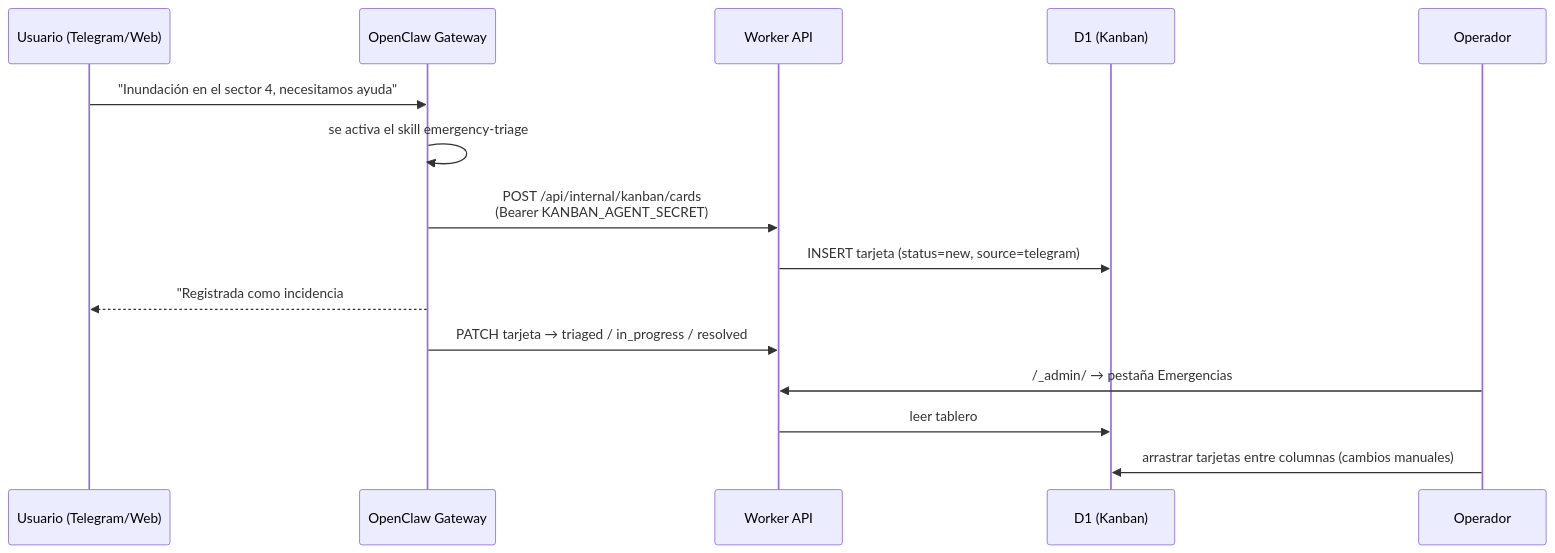
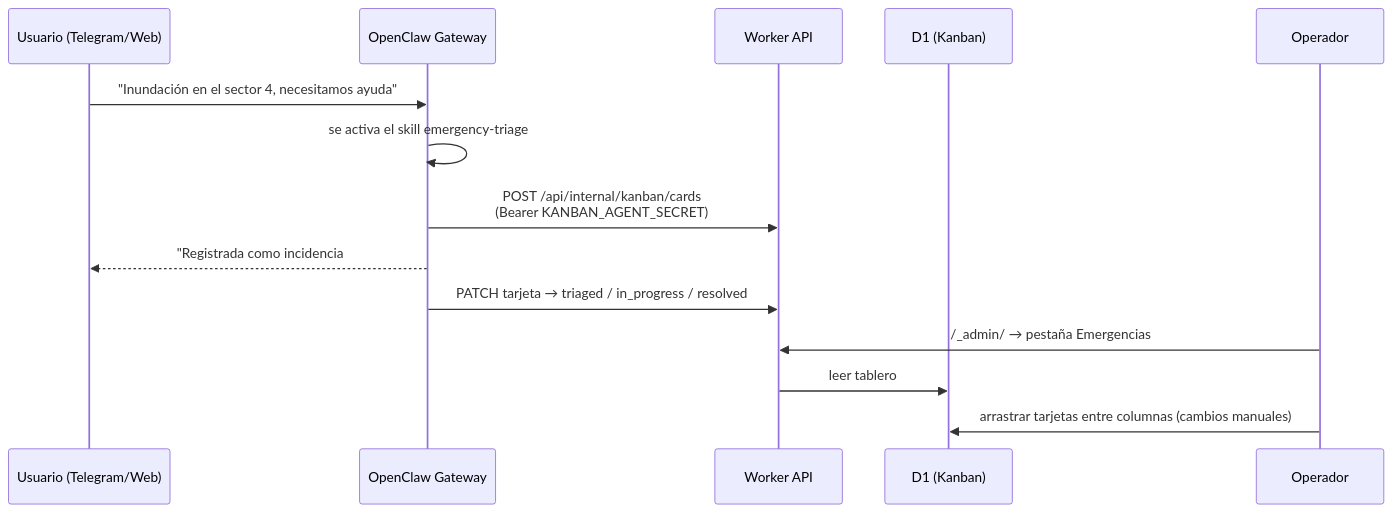
The second of 2 diagrams in README.es.md (Carluve/moltworker_emergencies), drawn with Mermaid before and after one commit. The commit also changed other lines of this file and 12 other files, not shown here.

````diff
--- a/README.es.md
+++ b/README.es.md
@@ -81,18 +96,17 @@
 ```mermaid
 sequenceDiagram
     participant U as Usuario (Telegram/Web)
     participant G as OpenClaw Gateway
     participant W as Worker API
     participant D as D1 (Kanban)
     participant O as Operador
 
     U->>G: "Inundación en el sector 4, necesitamos ayuda"
     G->>G: se activa el skill emergency-triage
     G->>W: POST /api/internal/kanban/cards<br/>(Bearer KANBAN_AGENT_SECRET)
-    W->>D: INSERT tarjeta (status=new, source=telegram)
     G-->>U: "Registrada como incidencia #…, la ayuda está en camino"
     G->>W: PATCH tarjeta → triaged / in_progress / resolved
     O->>W: /_admin/ → pestaña Emergencias
     W->>D: leer tablero
     O->>D: arrastrar tarjetas entre columnas (cambios manuales)
 ```
````
